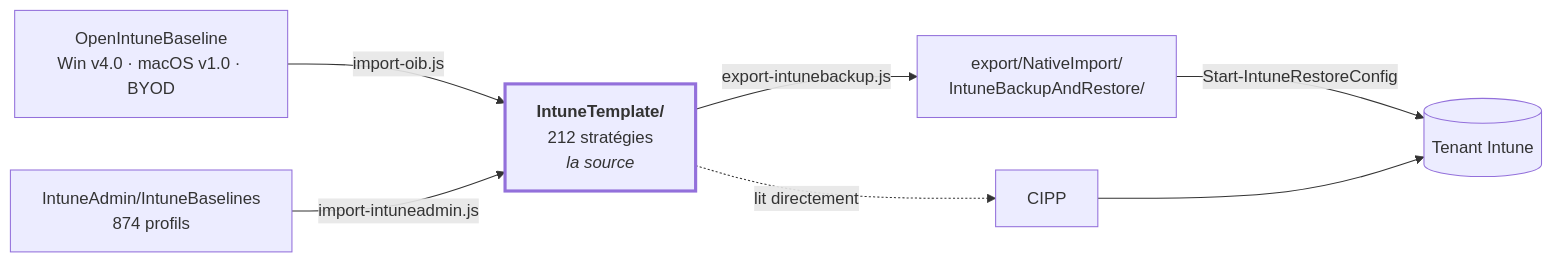
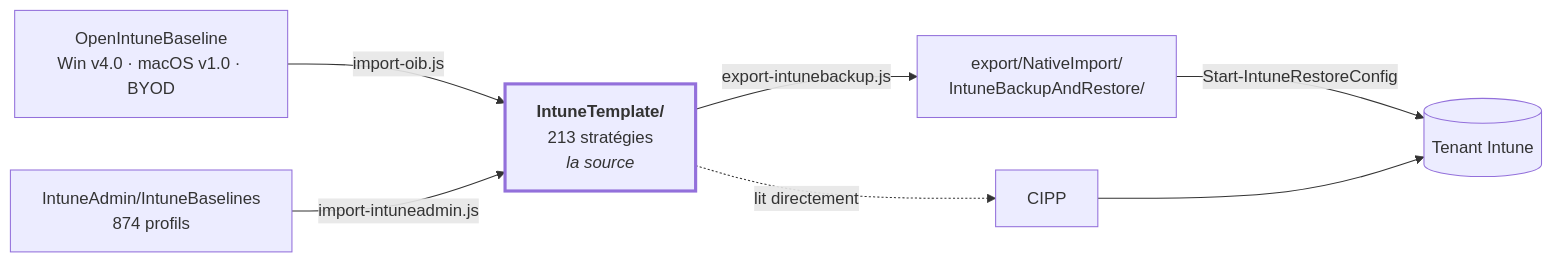
One commit to sjkanon/IntuneBackup changed the diagram in README.fr.md. Above: the diagram before and after it, drawn with Mermaid. The commit also changed other lines of this file and 30 other files, not shown here.

````diff
--- a/README.fr.md
+++ b/README.fr.md
@@ -20,17 +20,17 @@
 ```mermaid
 flowchart LR
   OIB["OpenIntuneBaseline<br/>Win v4.0 · macOS v1.0 · BYOD"]
-  T["<b>IntuneTemplate/</b><br/>212 stratégies<br/><i>la source</i>"]
+  T["<b>IntuneTemplate/</b><br/>213 stratégies<br/><i>la source</i>"]
   EX["export/NativeImport/<br/>IntuneBackupAndRestore/"]
   TENANT[("Tenant Intune")]
 
   OIB -->|import-oib.js| T
   T -->|export-intunebackup.js| EX
   T -.->|lit directement| CIPP[CIPP]
   EX -->|Start-IntuneRestoreConfig| TENANT
   CIPP --> TENANT
 
   IA["IntuneAdmin/IntuneBaselines<br/>874 profils"] -->|import-intuneadmin.js| T
 
   style T stroke-width:3px
 ```
````
